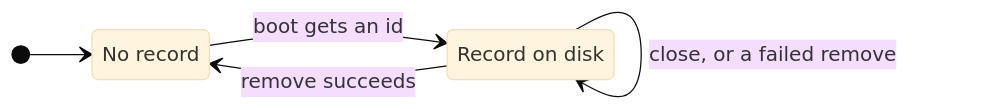
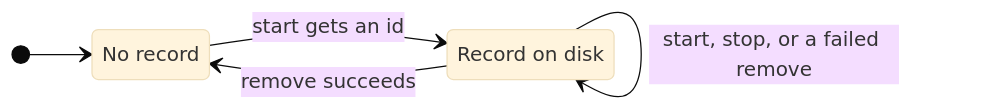
One commit to NextNodeSolutions/workspace changed the sixth of 6 diagrams in docs/architecture.md. Above: the diagram before and after it, drawn with Mermaid (base theme). The commit also changed other lines of this file and 28 other files, not shown here.

First line of the commit message:
feat: setup once, then start, stop and list VMs by name (#5)

````diff
--- a/docs/architecture.md
+++ b/docs/architecture.md
@@ -168,10 +203,10 @@
 ```mermaid
 stateDiagram-v2
     direction LR
     state "No record" as None
     state "Record on disk" as Present
     [*] --> None
-    None --> Present: boot gets an id
-    Present --> Present: close, or a failed remove
+    None --> Present: start gets an id
+    Present --> Present: start, stop, or a failed remove
     Present --> None: remove succeeds
 ```
````
